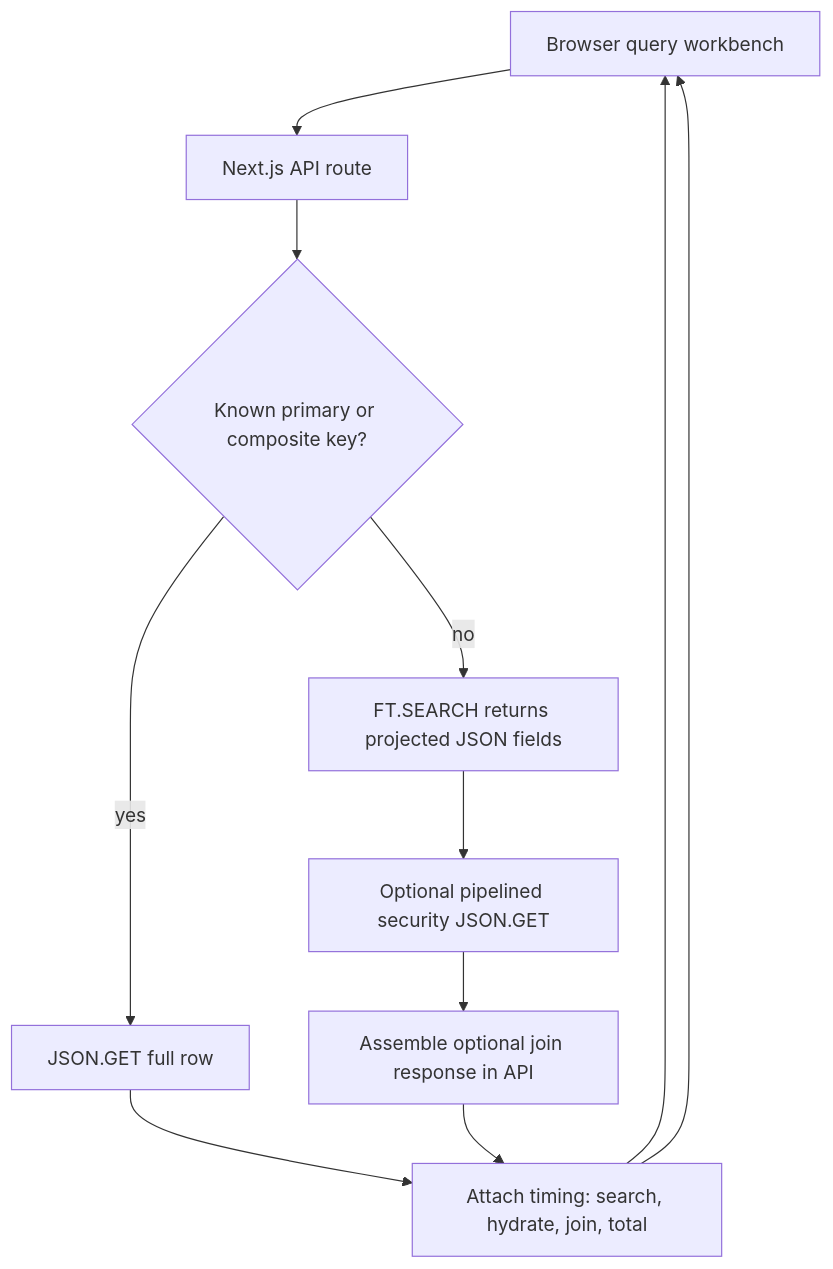
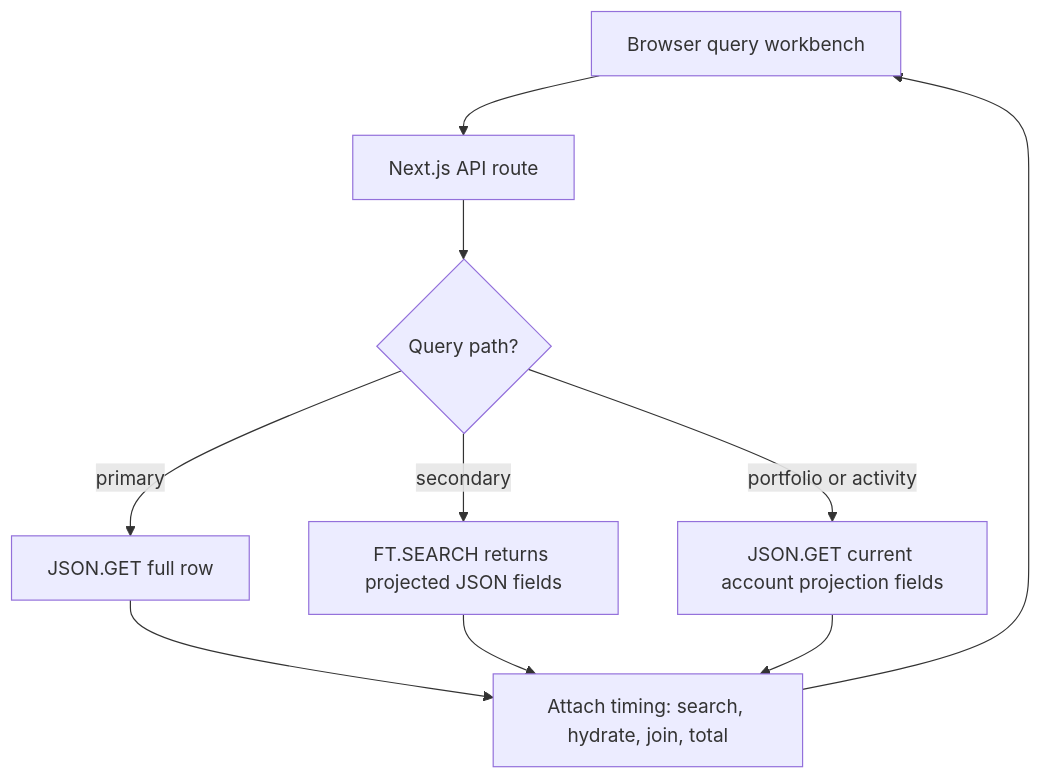
One commit to alberttwong/redis_financial_demo changed the third of 4 diagrams in README.md. Above: the diagram before and after it, drawn with Mermaid. The commit also changed other lines of this file and 50 other files, not shown here.

````diff
--- a/README.md
+++ b/README.md
@@ -216,15 +220,15 @@
 ```mermaid
 flowchart TD
     UI["Browser query workbench"]
     API["Next.js API route"]
-    KEY{"Known primary or composite key?"}
+    KEY{"Query path?"}
     GET["JSON.GET full row"]
     SEARCH["FT.SEARCH returns projected JSON fields"]
-    RELATED["Optional pipelined security JSON.GET"]
-    JOIN["Assemble optional join response in API"]
+    PROJECTION["JSON.GET current account projection fields"]
     TIMER["Attach timing: search, hydrate, join, total"]
 
     UI --> API --> KEY
-    KEY -- yes --> GET --> TIMER --> UI
-    KEY -- no --> SEARCH --> RELATED --> JOIN --> TIMER --> UI
+    KEY -- primary --> GET --> TIMER --> UI
+    KEY -- secondary --> SEARCH --> TIMER
+    KEY -- portfolio or activity --> PROJECTION --> TIMER
 ```
````
